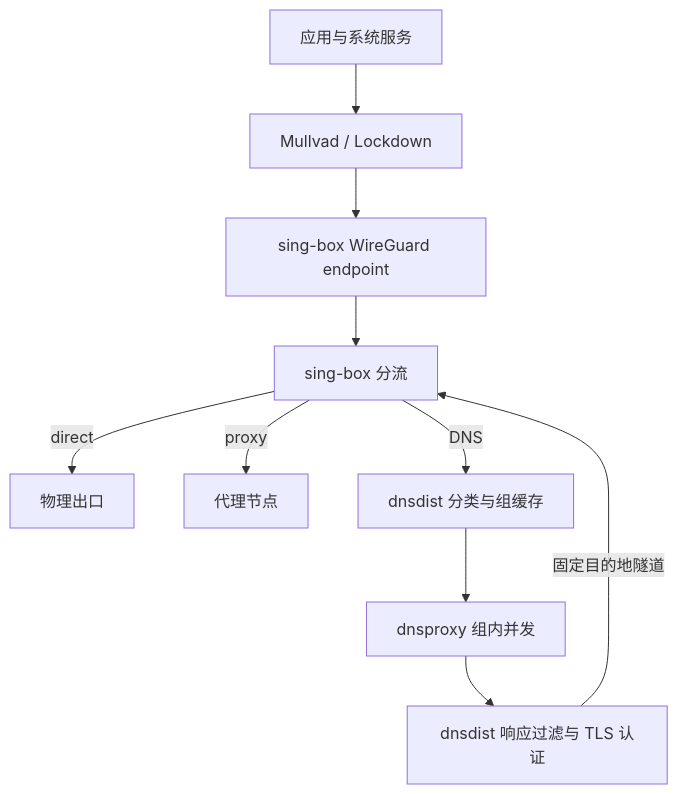
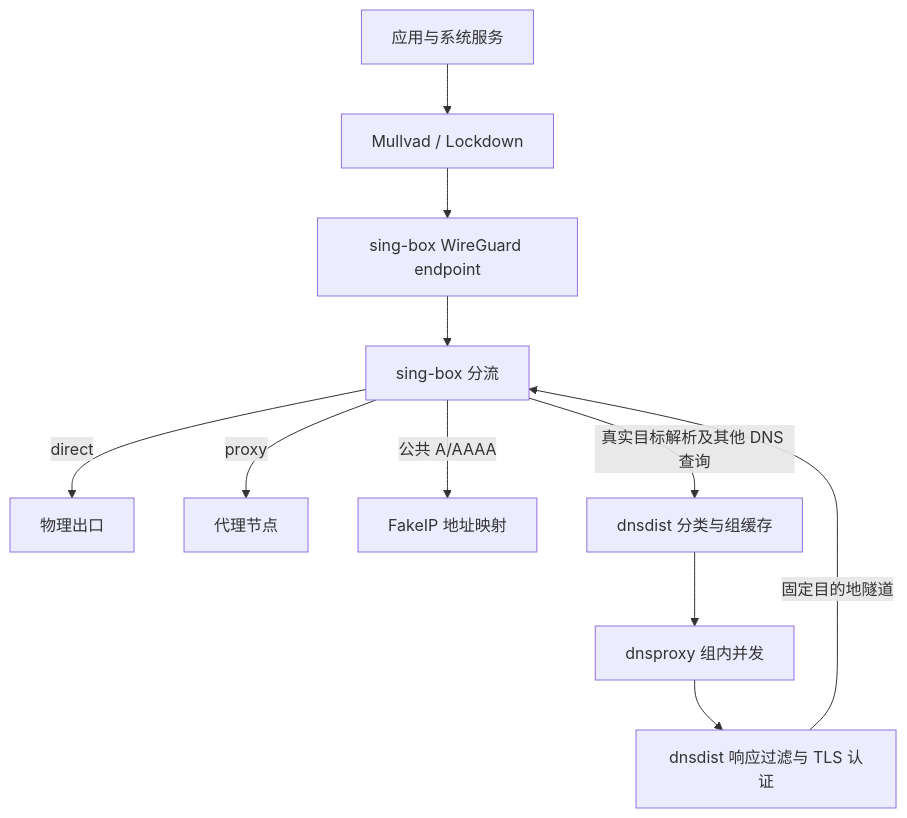
One commit to hellodword/nixos-config changed the first of 2 diagrams in docs/network.md. Above: the diagram before and after it, drawn with Mermaid. The commit also changed other lines of this file and 15 other files, not shown here.

First line of the commit message:
feat: preserve domain routing with native FakeIP DNS

````diff
--- a/docs/network.md
+++ b/docs/network.md
@@ -19,12 +19,13 @@
 ```mermaid
 flowchart TD
   App[应用与系统服务] --> MV[Mullvad / Lockdown]
   MV --> WG[sing-box WireGuard endpoint]
   WG --> SB[sing-box 分流]
   SB -->|direct| Physical[物理出口]
   SB -->|proxy| Remote[代理节点]
-  SB -->|DNS| DD[dnsdist 分类与组缓存]
+  SB -->|公共 A/AAAA| Fake[FakeIP 地址映射]
+  SB -->|真实目标解析及其他 DNS 查询| DD[dnsdist 分类与组缓存]
   DD --> Race[dnsproxy 组内并发]
   Race --> Filter[dnsdist 响应过滤与 TLS 认证]
   Filter -->|固定目的地隧道| SB
 ```
````
